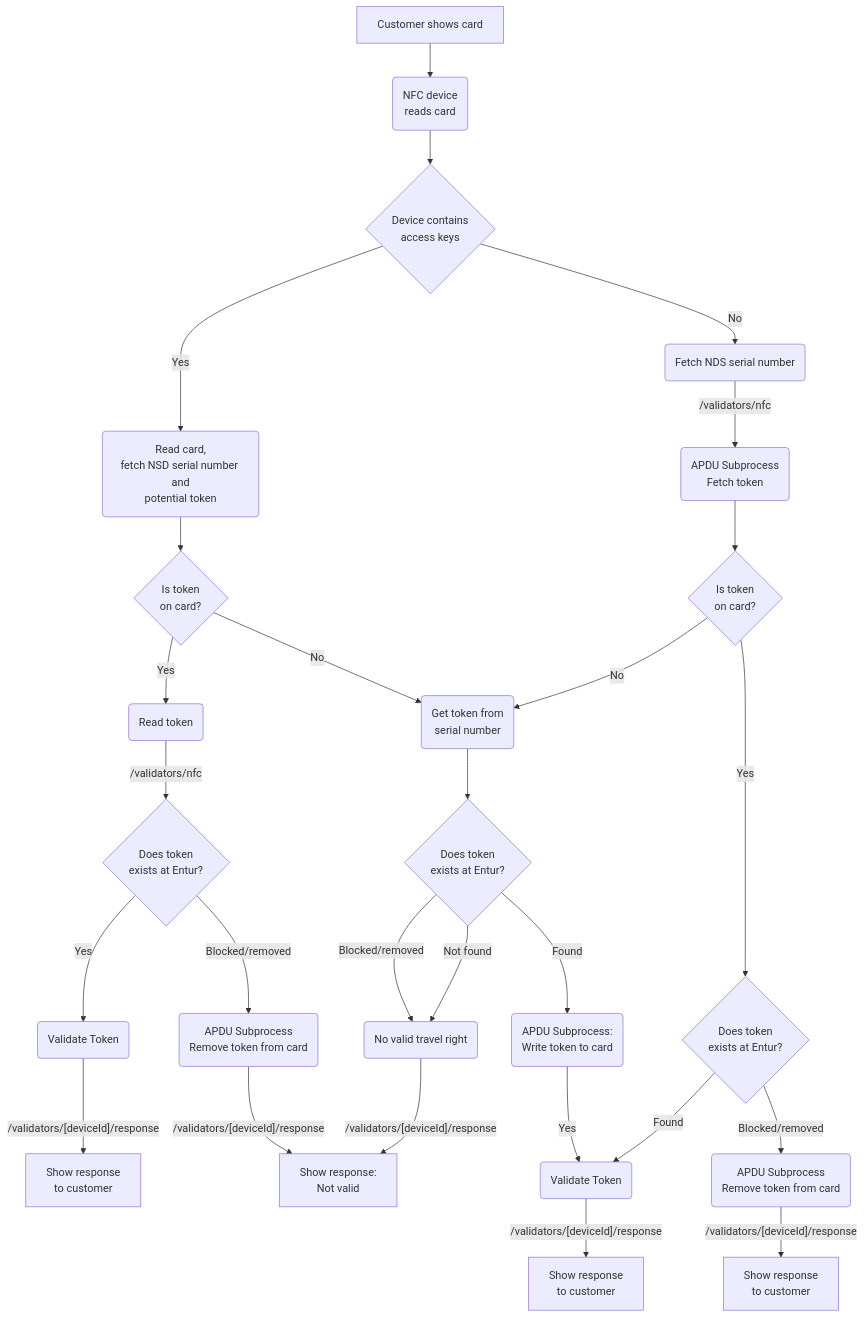
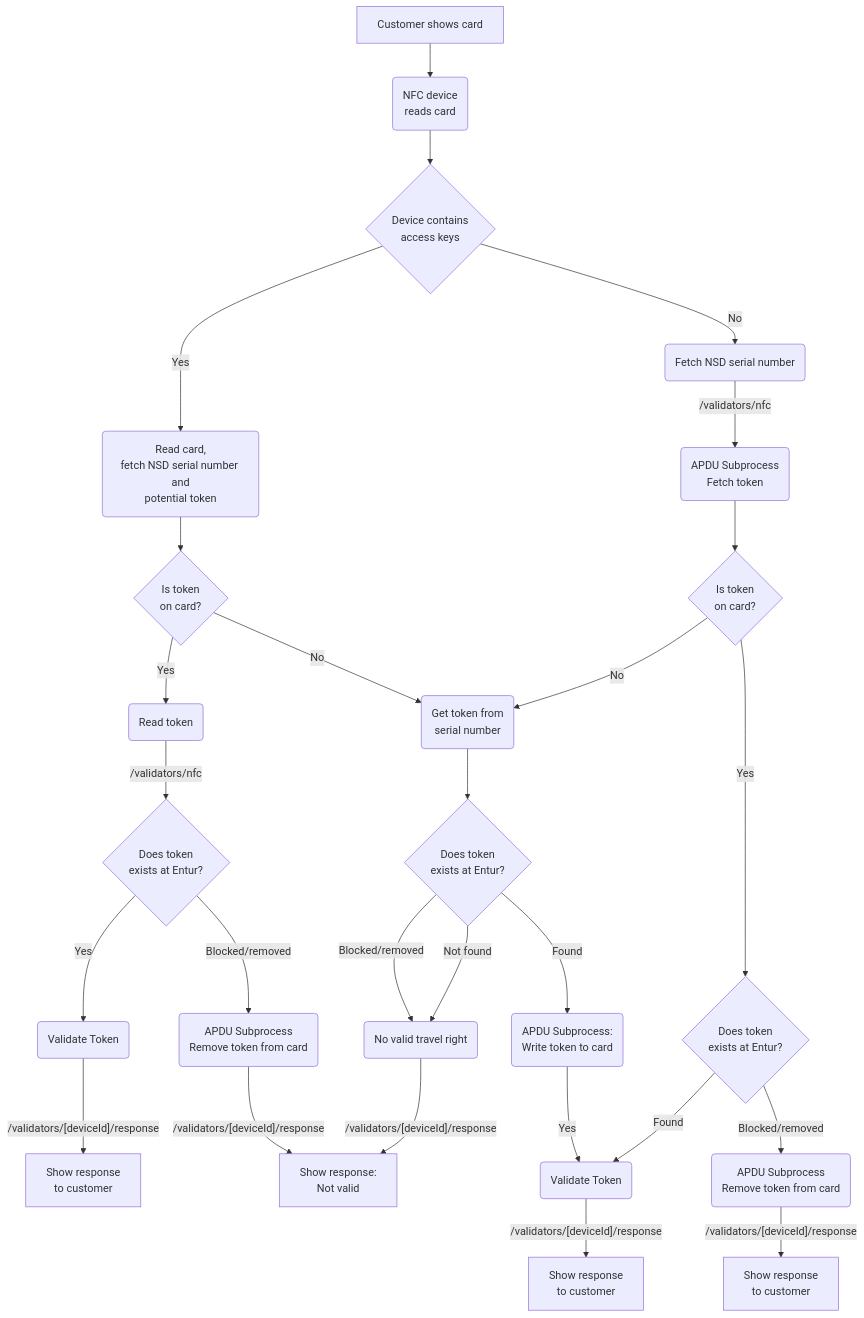
The diagram in specifications/validators/nfc/nfc.md (mrfylke/frammr-mqtt-validator), drawn with Mermaid before and after one commit. The commit also changed other lines of this file and 3 other files, not shown here.

Commit message:
fix: typo NDS -> NSD

````diff
--- a/specifications/validators/nfc/nfc.md
+++ b/specifications/validators/nfc/nfc.md
@@ -39,42 +39,42 @@
 ```mermaid
 flowchart TD
     A[Customer shows card] --> B(NFC device\nreads card)
     B --> C{Device contains\naccess keys}
 
     C -->|Yes| AC1(Read card,\nfetch NSD serial number and\npotential token)
     AC1 --> AC2{Is token\non card?}
     AC2 -->|Yes| AC3(Read token)
     AC3 -->|/validators/nfc| AC4{Does token\nexists at Entur?}
     AC4 -->|Yes| AC5(Validate Token)
     AC5 -->|"/validators/[deviceId]/response"| AC6[Show response\nto customer]
     AC4 -->|Blocked/removed| AC7(APDU Subprocess\nRemove token from card)
     AC7 -->|"/validators/[deviceId]/response"| ResponseInvalid
 
 
-    C -->|No| NAC1(Fetch NDS serial number)
+    C -->|No| NAC1(Fetch NSD serial number)
     NAC1 -->|/validators/nfc| NAC2(APDU Subprocess\nFetch token)
     NAC2 --> NAC3{Is token\non card?}
 
     AC2 -->|No| NoToken(Get token from\nserial number)
 
     NAC3 -->|No| NoToken
     NAC3 -->|Yes| NACToken1{Does token\nexists at Entur?}
 
     NACToken1 -->|Blocked/removed| NACToken1No(APDU Subprocess\nRemove token from card)
     NACToken1No  -->|"/validators/[deviceId]/response"| NACToken1NoResponse[Show response\nto customer]
 
 
 
     NoToken --> FetchTokenStatus{Does token\nexists at Entur?}
     FetchTokenStatus-->|Blocked/removed| FetchTokenInvalid(No valid travel right)
     FetchTokenStatus-->|Not found| FetchTokenInvalid
     FetchTokenInvalid -->|"/validators/[deviceId]/response"| ResponseInvalid[Show response:\n Not valid]
 
     FetchTokenStatus-->|Found| FetchTokenFound(APDU Subprocess:\nWrite token to card)
 
     FetchTokenFound -->|Yes| FetchTokenFoundValidate(Validate Token)
     FetchTokenFoundValidate -->|"/validators/[deviceId]/response"| FetchTokenResponse[Show response\nto customer]
 
     NACToken1 -->|Found| FetchTokenFoundValidate
 
 ```
````
